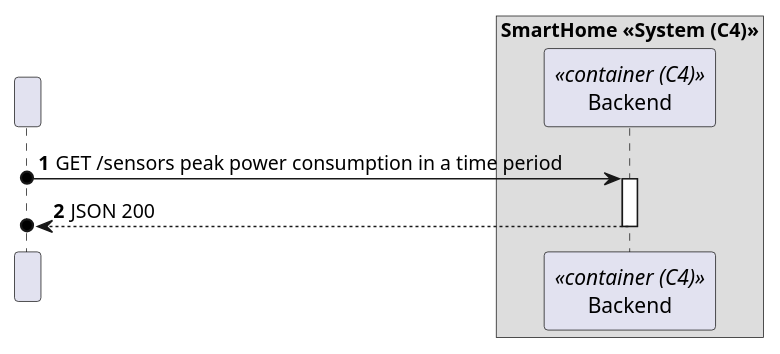
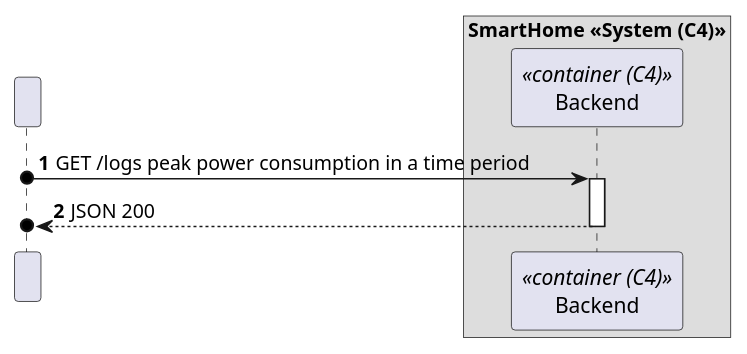
Before and after one commit to moutajDev/smarthome: the diagram in docs/C4_4plus1_models/Level2/ProcessView/ProcessViewLevel2_UC14.puml, drawn with PlantUML. The commit also changed 23 other files, not shown here.

```diff
--- a/docs/C4_4plus1_models/Level2/ProcessView/ProcessViewLevel2_UC14.puml
+++ b/docs/C4_4plus1_models/Level2/ProcessView/ProcessViewLevel2_UC14.puml
@@ -1,23 +1,23 @@
 @startuml
 'https://plantuml.com/sequence-diagram
 !pragma layout smetana
 
 autonumber
 
 
 participant " " as HTTP
 
 box "SmartHome <<System (C4)>>"
     participant "Backend" as BE<<container (C4)>>
 end box
 
-HTTP o-> BE : GET /sensors peak power consumption in a time period
+HTTP o-> BE : GET /logs peak power consumption in a time period
 activate BE
 
 
 BE -->o HTTP : JSON 200
 deactivate BE
 
 
 
 @enduml
```
